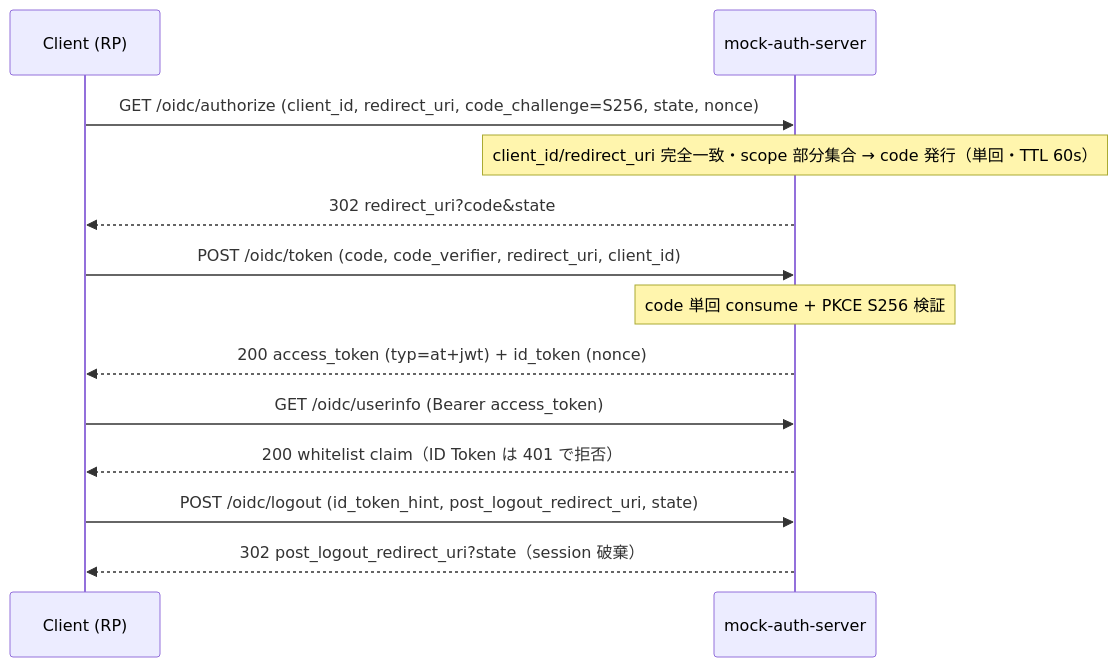
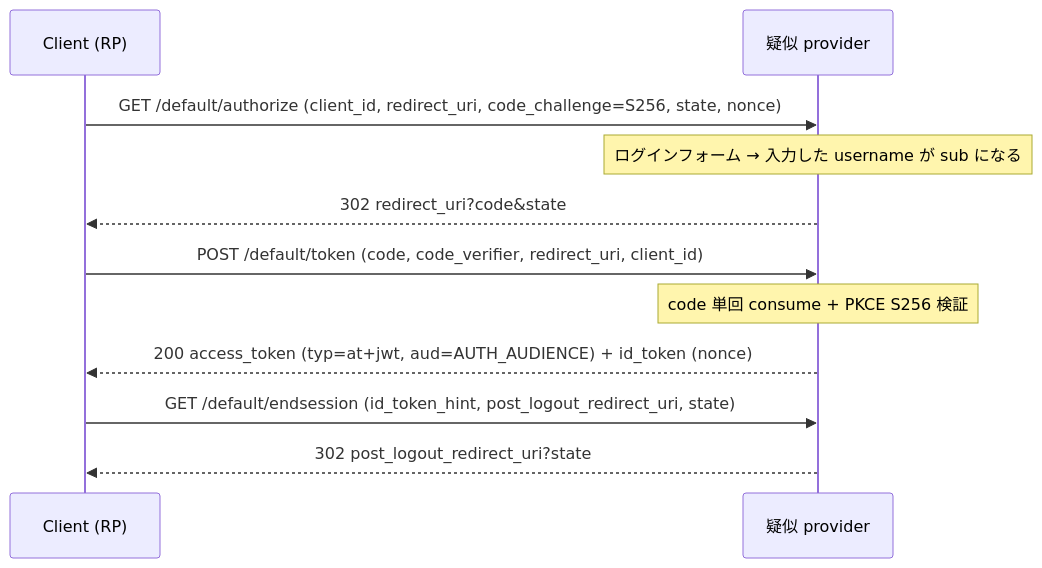
One commit to Tomy-ch/go-boilerplate changed the third of 3 diagrams in docs/design/auth.ja.md. Above: the diagram before and after it, drawn with Mermaid. The commit also changed other lines of this file and 24 other files, not shown here.

````diff
--- a/docs/design/auth.ja.md
+++ b/docs/design/auth.ja.md
@@ -120,15 +123,13 @@
 ```mermaid
 sequenceDiagram
     participant C as Client (RP)
-    participant M as mock-auth-server
-    C->>M: GET /oidc/authorize (client_id, redirect_uri, code_challenge=S256, state, nonce)
-    Note over M: client_id/redirect_uri 完全一致・scope 部分集合 → code 発行（単回・TTL 60s）
+    participant M as 疑似 provider
+    C->>M: GET /default/authorize (client_id, redirect_uri, code_challenge=S256, state, nonce)
+    Note over M: ログインフォーム → 入力した username が sub になる
     M-->>C: 302 redirect_uri?code&state
-    C->>M: POST /oidc/token (code, code_verifier, redirect_uri, client_id)
+    C->>M: POST /default/token (code, code_verifier, redirect_uri, client_id)
     Note over M: code 単回 consume + PKCE S256 検証
-    M-->>C: 200 access_token (typ=at+jwt) + id_token (nonce)
-    C->>M: GET /oidc/userinfo (Bearer access_token)
-    M-->>C: 200 whitelist claim（ID Token は 401 で拒否）
-    C->>M: POST /oidc/logout (id_token_hint, post_logout_redirect_uri, state)
-    M-->>C: 302 post_logout_redirect_uri?state（session 破棄）
+    M-->>C: 200 access_token (typ=at+jwt, aud=AUTH_AUDIENCE) + id_token (nonce)
+    C->>M: GET /default/endsession (id_token_hint, post_logout_redirect_uri, state)
+    M-->>C: 302 post_logout_redirect_uri?state
 ```
````
